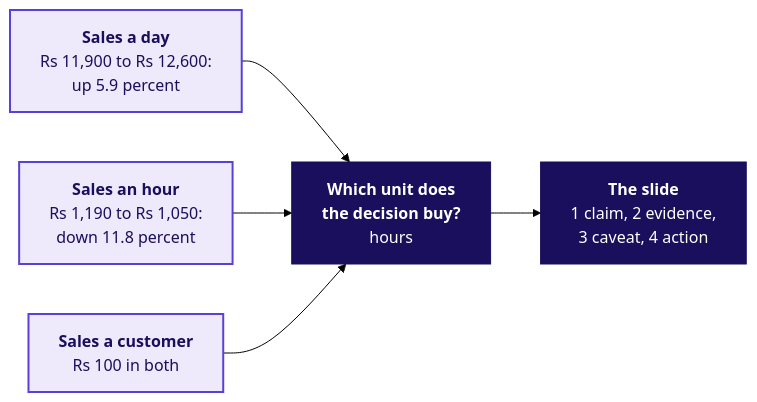
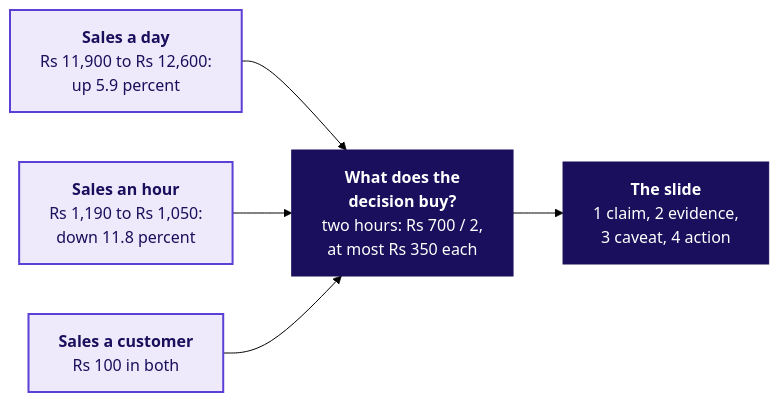
The second of 8 diagrams in content/W04/D2/whiteboards/C2_W04_D02_board_work_STUDENT.md (fde-academy-lab/c2-content-factory), drawn with Mermaid (forest theme) before and after one commit. The commit also changed other lines of this file and 30 other files, not shown here.

````diff
--- a/content/W04/D2/whiteboards/C2_W04_D02_board_work_STUDENT.md
+++ b/content/W04/D2/whiteboards/C2_W04_D02_board_work_STUDENT.md
@@ -45,11 +45,11 @@
 ```mermaid
 flowchart LR
-    A["<b>Sales a day</b><br/>Rs 11,900 to Rs 12,600:<br/>up 5.9 percent"] --> D["<b>Which unit does</b><br/><b>the decision buy?</b><br/>hours"]
+    A["<b>Sales a day</b><br/>Rs 11,900 to Rs 12,600:<br/>up 5.9 percent"] --> D["<b>What does the</b><br/><b>decision buy?</b><br/>two hours: Rs 700 / 2,<br/>at most Rs 350 each"]
     B["<b>Sales an hour</b><br/>Rs 1,190 to Rs 1,050:<br/>down 11.8 percent"] --> D
     C["<b>Sales a customer</b><br/>Rs 100 in both"] --> D
     D --> S["<b>The slide</b><br/>1 claim, 2 evidence,<br/>3 caveat, 4 action"]
     classDef lit fill:#1A0F5C,stroke:#1A0F5C,color:#FFFFFF
     classDef known fill:#EEEAFB,stroke:#5B3FD6,color:#1A0F5C,stroke-width:2px
     class A,B,C known
     class D,S lit
 ```
````
